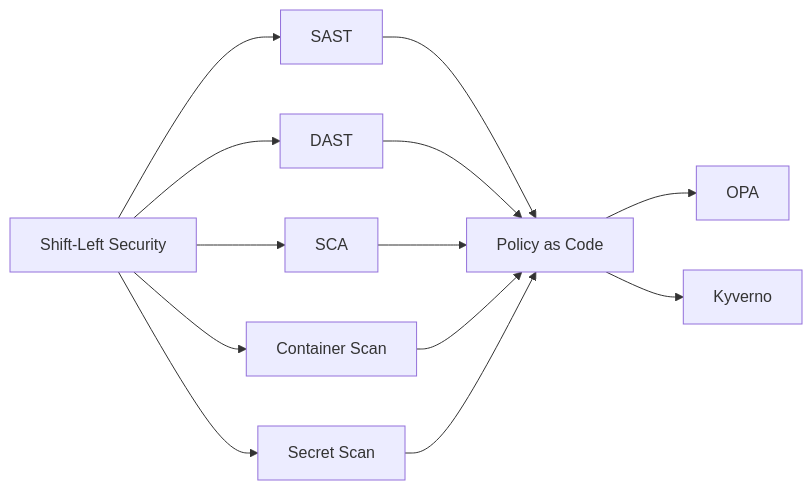
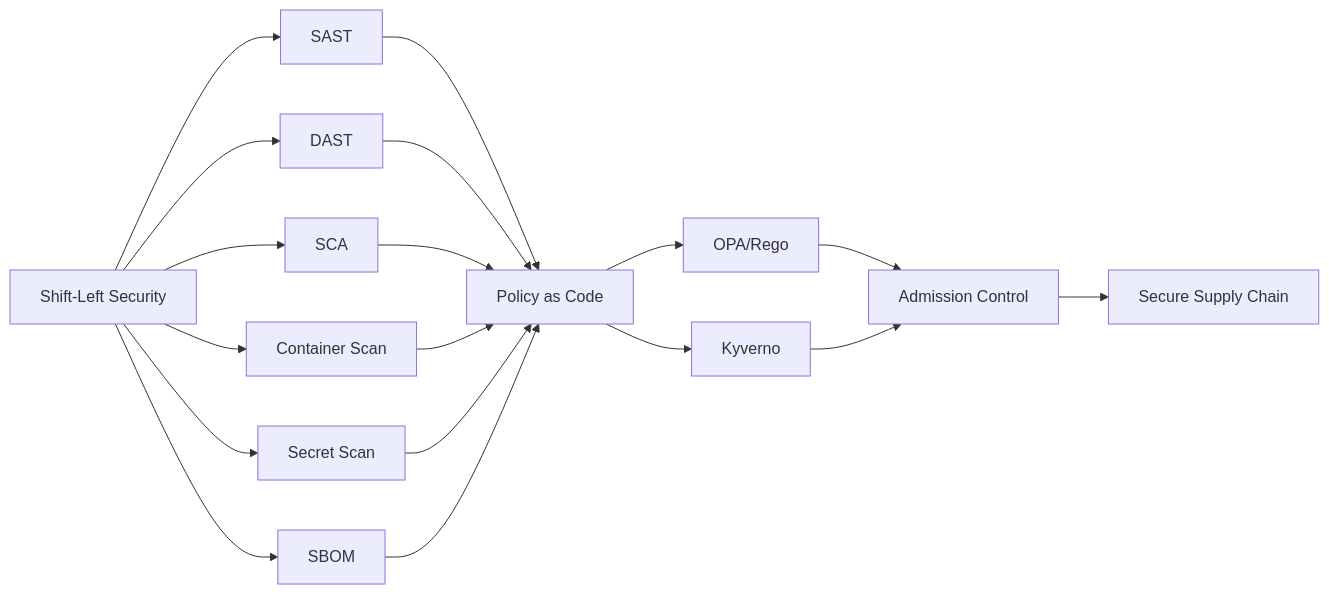
The diagram in docs/courses/devops/14-devsecops.md (Raushan666java/ai-engineering-journey), drawn with Mermaid before and after one commit. The commit also changed other lines of this file and 62 other files, not shown here.

````diff
--- a/docs/courses/devops/14-devsecops.md
+++ b/docs/courses/devops/14-devsecops.md
@@ -33,11 +33,14 @@
 ```mermaid
 flowchart LR
     A[Shift-Left Security] --> B[SAST]
     A --> C[DAST]
     A --> D[SCA]
     A --> E[Container Scan]
     A --> F[Secret Scan]
-    B & C & D & E & F --> G[Policy as Code]
-    G --> H[OPA]
-    G --> I[Kyverno]
+    A --> G[SBOM]
+    B & C & D & E & F & G --> H[Policy as Code]
+    H --> I[OPA/Rego]
+    H --> J[Kyverno]
+    I & J --> K[Admission Control]
+    K --> L[Secure Supply Chain]
 ```
````
